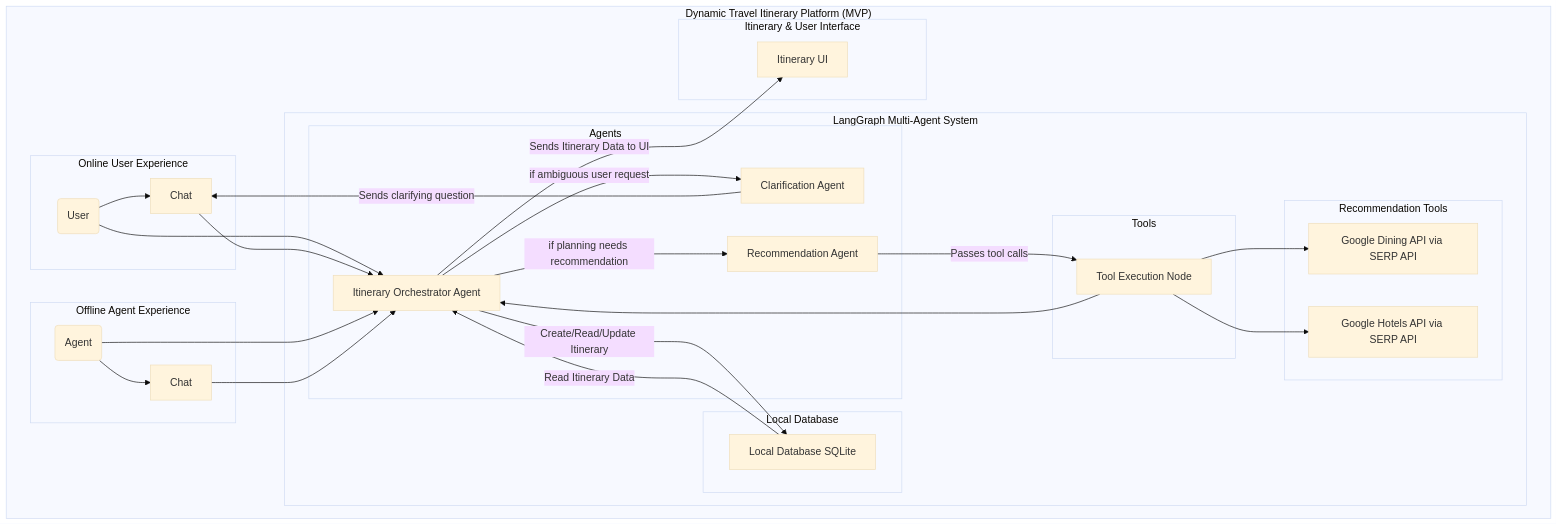
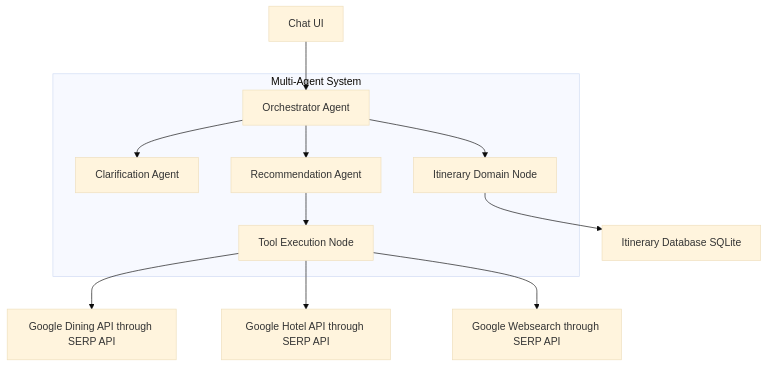
The diagram in README.md (swamibala/smart-travel-planner), drawn with Mermaid (base theme) before and after one commit. The commit also changed other lines of this file, not shown here.

Commit message:
Refactor README.md to simplify mermaid diagram and enhance clarity of multi-agent system

````diff
--- a/README.md
+++ b/README.md
@@ -4,59 +3,33 @@
 ```mermaid 
 graph TD
-    subgraph "Dynamic Travel Itinerary Platform (MVP)"
-        subgraph "Online User Experience"
-            U(User)
-            UC[Chat]
-            U --> UC
-        end
+    CHAT[Chat UI]
+    ORCH_AGENT[Orchestrator Agent]
+    CLARIFY_AGENT[Clarification Agent]
+    RECOMMEND_AGENT[Recommendation Agent]
+    TOOL_NODE[Tool Execution Node]
+    GOOGLE_DINING[Google Dining API through SERP API]
+    GOOGLE_HOTEL[Google Hotel API through SERP API]
+    GOOGLE_ACTIVITIES[Google Websearch through SERP API]
+    ITINERARY_DB[Itinerary Database SQLite]
 
-        subgraph "Offline Agent Experience"
-            A(Agent)
-            AC[Chat]
-            A --> AC
-        end
+    subgraph Multi-Agent System
+        ORCH_AGENT[Orchestrator Agent]
+        CLARIFY_AGENT[Clarification Agent]
+        RECOMMEND_AGENT[Recommendation Agent]
+        TOOL_NODE[Tool Execution Node]
+        ITINERARY_DOMAIN_NODE[Itinerary Domain Node]
+    end
 
-        subgraph "LangGraph Multi-Agent System"
-            subgraph "Agents"
-                OAG[Itinerary Orchestrator Agent]
-                RA[Recommendation Agent]
-                CA[Clarification Agent]
-            end
-            
-            subgraph "Tools"
-                TE[Tool Execution Node]
-            end
+    CHAT --> ORCH_AGENT
+    ORCH_AGENT --> CLARIFY_AGENT
+    ORCH_AGENT --> RECOMMEND_AGENT
+    ORCH_AGENT --> ITINERARY_DOMAIN_NODE
 
-            U --> OAG
-            UC --> OAG
-            A --> OAG
-            AC --> OAG
-            
-            OAG -- "if ambiguous user request" --> CA
-            OAG -- "if planning needs recommendation" --> RA
-            CA -- "Sends clarifying question" --> UC
-            RA -- "Passes tool calls" --> TE
-            TE --> OAG
-            
-            subgraph "Local Database"
-                DB[Local Database SQLite]
-            end
-            
-            OAG -- "Create/Read/Update Itinerary" --> DB
-            DB -- "Read Itinerary Data" --> OAG
+    RECOMMEND_AGENT --> TOOL_NODE
 
-            subgraph "Recommendation Tools"
-                GDA[Google Dining API via SERP API]
-                GHA[Google Hotels API via SERP API]
-            end
-            
-            TE --> GDA
-            TE --> GHA
-        end
+    TOOL_NODE --> GOOGLE_DINING
+    TOOL_NODE --> GOOGLE_HOTEL
+    TOOL_NODE --> GOOGLE_ACTIVITIES
 
-        subgraph "Itinerary & User Interface"
-            UI[Itinerary UI]
-        end
-        OAG -- "Sends Itinerary Data to UI" --> UI
-    end
+    ITINERARY_DOMAIN_NODE --> ITINERARY_DB
 ```
````
